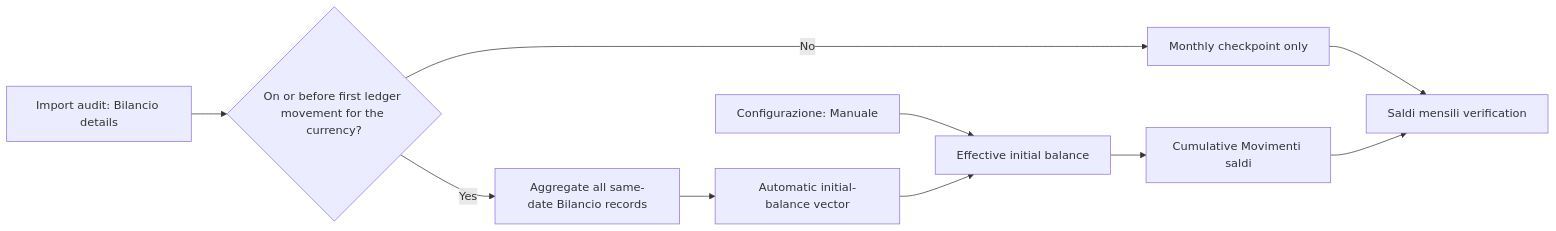
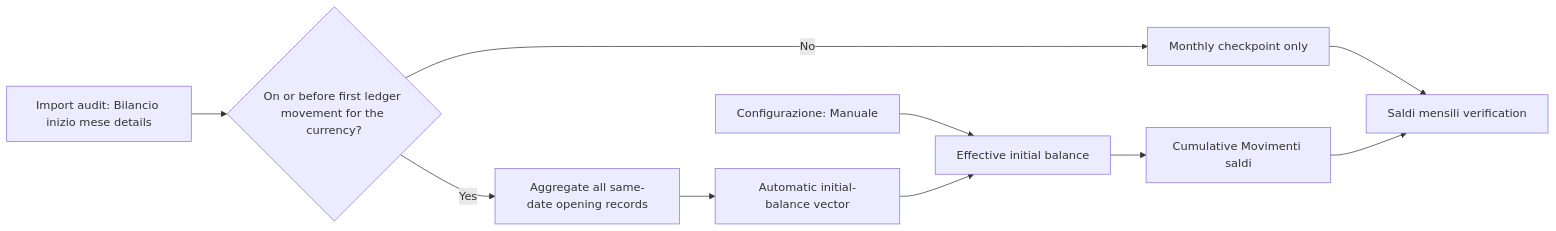
One commit to marcomc/Google-Drive-Expenses-Cataloger changed the third of 5 diagrams in docs/SPREADSHEET.md. Above: the diagram before and after it, drawn with Mermaid. The commit also changed other lines of this file and 10 other files, not shown here.

Commit message:
feat: refine balance handling by distinguishing opening and closing balance records, update documentation and tests

````diff
--- a/docs/SPREADSHEET.md
+++ b/docs/SPREADSHEET.md
@@ -121,14 +124,14 @@
 ```mermaid
 flowchart LR
   accTitle: Initial balance selection
   accDescr: Shows how the balance configuration chooses one complete multi-participant baseline without treating later checkpoints as transactions.
-  audit["Import audit: Bilancio details"] --> candidate{"On or before first ledger movement for the currency?"}
-  candidate -->|Yes| vector["Aggregate all same-date Bilancio records"]
+  audit["Import audit: Bilancio inizio mese details"] --> candidate{"On or before first ledger movement for the currency?"}
+  candidate -->|Yes| vector["Aggregate all same-date opening records"]
   vector --> automatic["Automatic initial-balance vector"]
   candidate -->|No| checkpoint["Monthly checkpoint only"]
   manual["Configurazione: Manuale"] --> chosen["Effective initial balance"]
   automatic --> chosen
   chosen --> cumulative["Cumulative Movimenti saldi"]
   checkpoint --> verification["Saldi mensili verification"]
   cumulative --> verification
 ```
````
